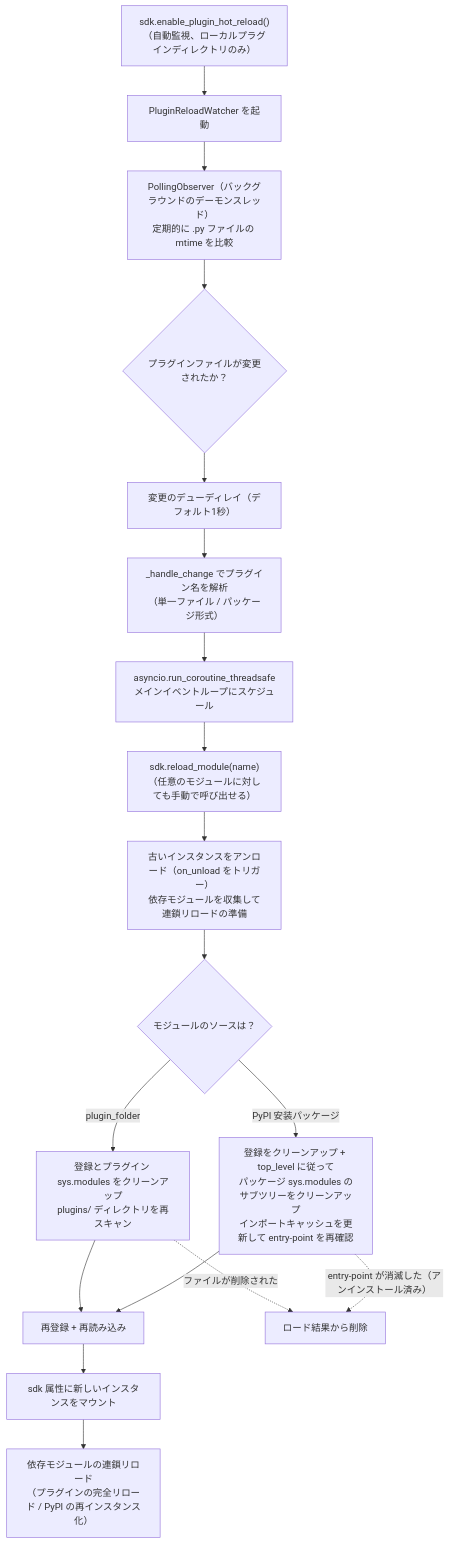
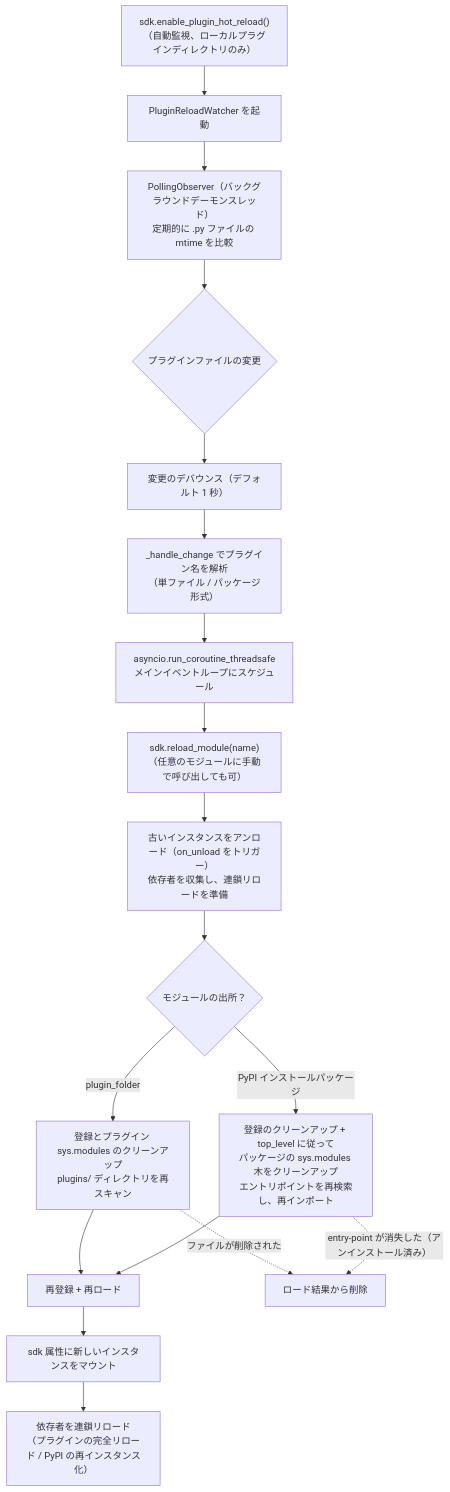
Before and after one commit to ErisPulse/ErisPulse: the ninth of 9 diagrams in docs/ja/architecture.md, drawn with Mermaid. The commit also changed other lines of this file and 622 other files, not shown here.

````diff
--- a/docs/ja/architecture.md
+++ b/docs/ja/architecture.md
@@ -285,20 +283,20 @@
 ```mermaid
 flowchart TD
     A["sdk.enable_plugin_hot_reload()<br/>（自動監視、ローカルプラグインディレクトリのみ）"] --> B["PluginReloadWatcher を起動"]
-    B --> C["PollingObserver（バックグラウンドのデーモンスレッド）<br/>定期的に .py ファイルの mtime を比較"]
-    C --> D{"プラグインファイルが変更されたか？"}
-    D --> E["変更のデューディレイ（デフォルト1秒）"]
-    E --> F["_handle_change でプラグイン名を解析<br/>（単一ファイル / パッケージ形式）"]
+    B --> C["PollingObserver（バックグラウンドデーモンスレッド）<br/>定期的に .py ファイルの mtime を比較"]
+    C --> D{"プラグインファイルの変更"}
+    D --> E["変更のデバウンス（デフォルト 1 秒）"]
+    E --> F["_handle_change でプラグイン名を解析<br/>（単ファイル / パッケージ形式）"]
     F --> G["asyncio.run_coroutine_threadsafe<br/>メインイベントループにスケジュール"]
-    G --> H["sdk.reload_module(name)<br/>（任意のモジュールに対しても手動で呼び出せる）"]
-    H --> I["古いインスタンスをアンロード（on_unload をトリガー）<br/>依存モジュールを収集して連鎖リロードの準備"] 
-    I --> J{"モジュールのソースは？"}
-    J -->|"plugin_folder"| K["登録とプラグイン sys.modules をクリーンアップ<br/>plugins/ ディレクトリを再スキャン"]
-    J -->|"PyPI 安装パッケージ"| L["登録をクリーンアップ + top_level に従って<br/>パッケージ sys.modules のサブツリーをクリーンアップ<br/>インポートキャッシュを更新して entry-point を再確認"]
-    K --> M["再登録 + 再読み込み"]
+    G --> H["sdk.reload_module(name)<br/>（任意のモジュールに手動で呼び出しても可）"]
+    H --> I["古いインスタンスをアンロード（on_unload をトリガー）<br/>依存者を収集し、連鎖リロードを準備"]
+    I --> J{"モジュールの出所？"}
+    J -->|"plugin_folder"| K["登録とプラグイン sys.modules のクリーンアップ<br/>plugins/ ディレクトリを再スキャン"]
+    J -->|"PyPI インストールパッケージ"| L["登録のクリーンアップ + top_level に従って<br/>パッケージの sys.modules 木をクリーンアップ<br/>エントリポイントを再検索し、再インポート"]
+    K --> M["再登録 + 再ロード"]
     L --> M
     M --> N["sdk 属性に新しいインスタンスをマウント"]
-    N --> O["依存モジュールの連鎖リロード<br/>（プラグインの完全リロード / PyPI の再インスタンス化）"]
+    N --> O["依存者を連鎖リロード<br/>（プラグインの完全リロード / PyPI の再インスタンス化）"]
     K -.->|"ファイルが削除された"| P["ロード結果から削除"]
-    L -.->|"entry-point が消滅した（アンインストール済み）"| P
+    L -.->|"entry-point が消失した（アンインストール済み）"| P
 ```
````
